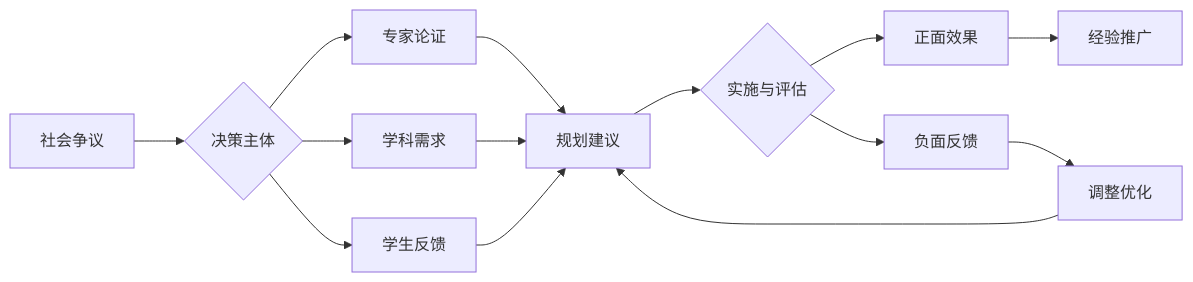
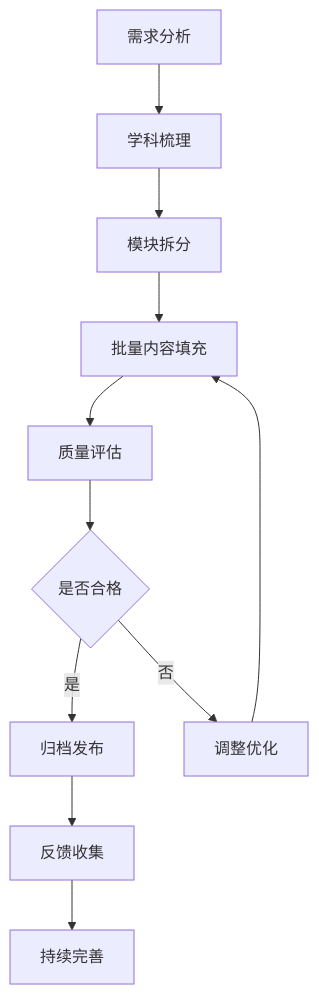
One commit to AdaMartin18010/SeniorEnducation changed the diagram in 学科覆盖规划.md. Above: the diagram before and after it, drawn with Mermaid. The commit also changed other lines of this file and 18 other files, not shown here.

````diff
--- a/学科覆盖规划.md
+++ b/学科覆盖规划.md
@@ -222,16 +208,13 @@
 ```mermaid
-graph LR
-    A[社会争议] --> B{决策主体}
-    B --> C[专家论证]
-    B --> D[学科需求]
-    B --> E[学生反馈]
-    C --> F[规划建议]
-    D --> F
-    E --> F
-    F --> G{实施与评估}
-    G --> H[正面效果]
-    G --> I[负面反馈]
-    I --> J[调整优化]
-    H --> K[经验推广]
-    J --> F
+flowchart TD
+    A[需求分析] --> B[学科梳理]
+    B --> C[模块拆分]
+    C --> D[批量内容填充]
+    D --> E[质量评估]
+    E --> F{是否合格}
+    F -->|是| G[归档发布]
+    F -->|否| H[调整优化]
+    H --> D
+    G --> I[反馈收集]
+    I --> J[持续完善]
 ```
````
